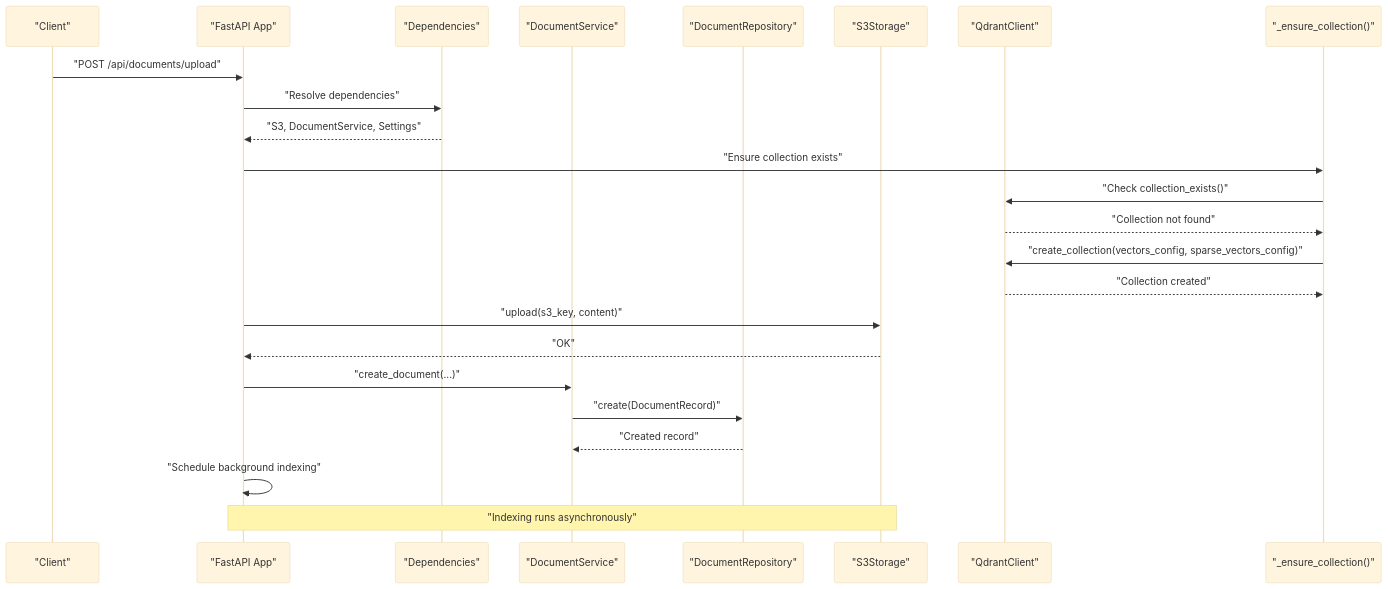
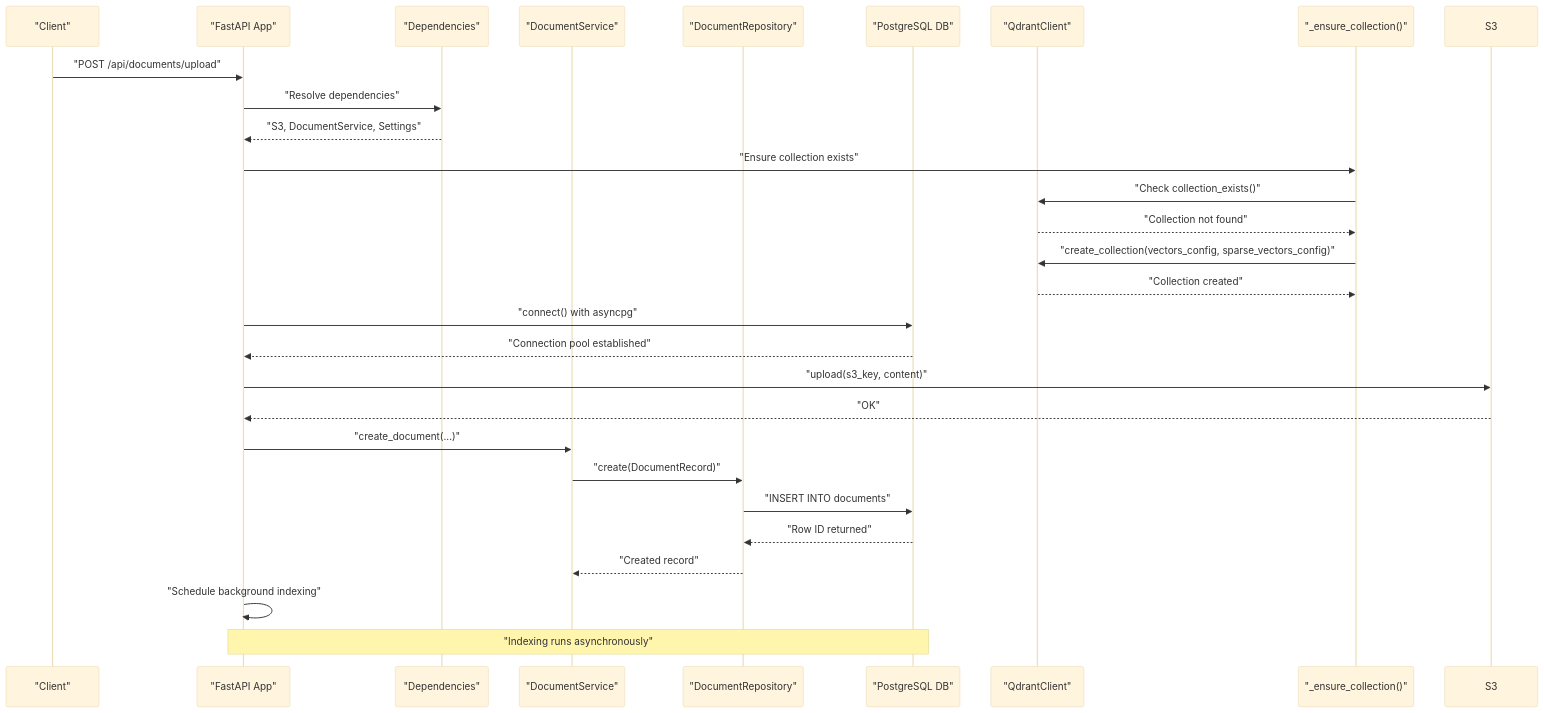
The second of 7 diagrams in .qoder/repowiki/en/content/API Reference/Resource Management System.md (ognelis/cafetera_hr_bot), drawn with Mermaid (base theme) before and after one commit. The commit also changed other lines of this file and 13 other files, not shown here.

````diff
--- a/.qoder/repowiki/en/content/API Reference/Resource Management System.md
+++ b/.qoder/repowiki/en/content/API Reference/Resource Management System.md
@@ -165,26 +172,30 @@
 ```mermaid
 sequenceDiagram
 participant Client as "Client"
 participant API as "FastAPI App"
 participant Deps as "Dependencies"
 participant Svc as "DocumentService"
 participant Repo as "DocumentRepository"
-participant S3 as "S3Storage"
+participant PG as "PostgreSQL DB"
 participant Qdr as "QdrantClient"
 participant Coll as "_ensure_collection()"
 Client->>API : "POST /api/documents/upload"
 API->>Deps : "Resolve dependencies"
 Deps-->>API : "S3, DocumentService, Settings"
 API->>Coll : "Ensure collection exists"
 Coll->>Qdr : "Check collection_exists()"
 Qdr-->>Coll : "Collection not found"
 Coll->>Qdr : "create_collection(vectors_config, sparse_vectors_config)"
 Qdr-->>Coll : "Collection created"
+API->>PG : "connect() with asyncpg"
+PG-->>API : "Connection pool established"
 API->>S3 : "upload(s3_key, content)"
 S3-->>API : "OK"
 API->>Svc : "create_document(...)"
 Svc->>Repo : "create(DocumentRecord)"
+Repo->>PG : "INSERT INTO documents"
+PG-->>Repo : "Row ID returned"
 Repo-->>Svc : "Created record"
 API->>API : "Schedule background indexing"
-Note over API,S3 : "Indexing runs asynchronously"
+Note over API,PG : "Indexing runs asynchronously"
 ```
````
